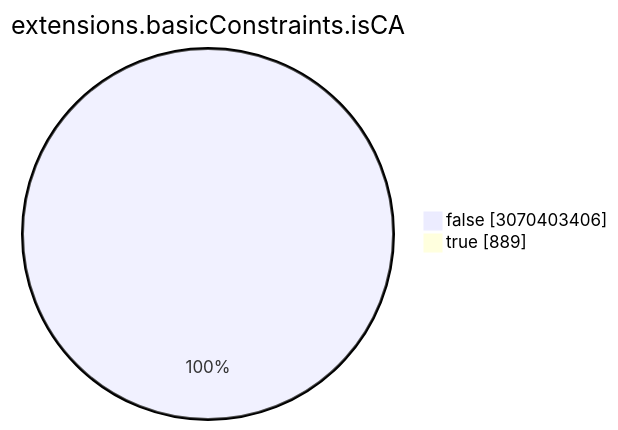
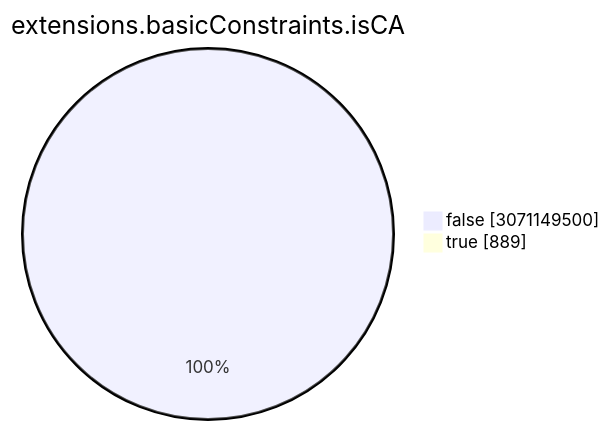
The seventh of 15 diagrams in TOTAL/README.md (christiankrug/ctmonitor_visualization), drawn with Mermaid before and after one commit. The commit also changed other lines of this file, not shown here.

````diff
--- a/TOTAL/README.md
+++ b/TOTAL/README.md
@@ -3086,6 +3086,6 @@
 ```mermaid
 pie showData
 title extensions.basicConstraints.isCA
-"false" :3070403406
+"false" :3071149500
 "true" :889
 ```
````
